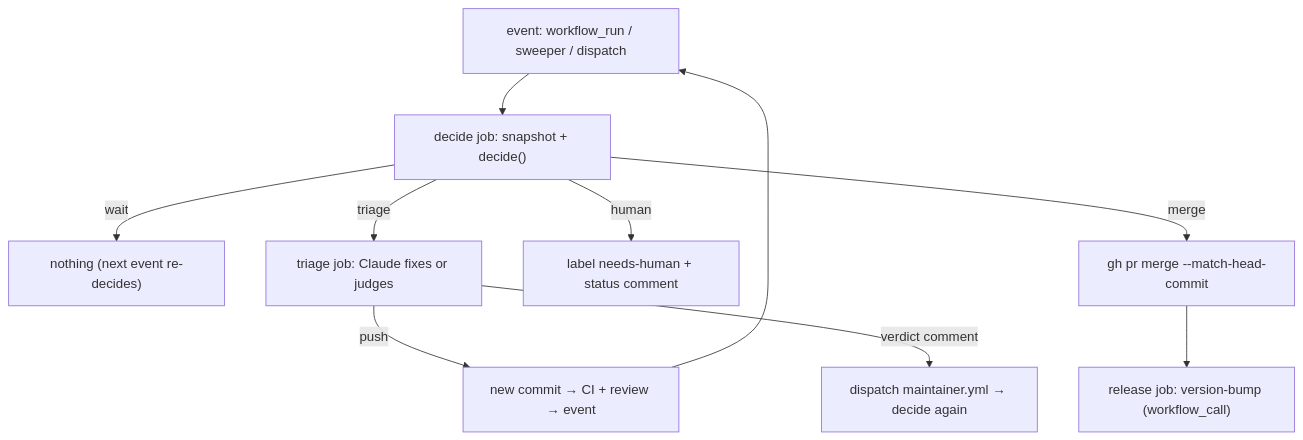
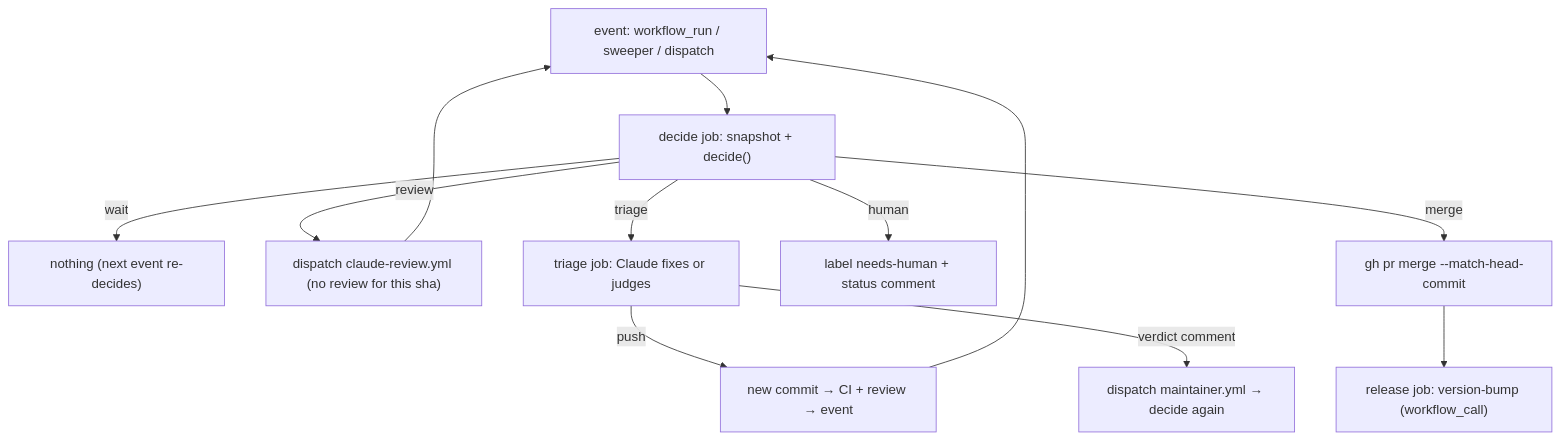
The first of 2 diagrams in docs/specs/20261113-ai-maintainer/design.md (syakoo/syakoo-lab), drawn with Mermaid before and after one commit. The commit also changed other lines of this file, not shown here.

First line of the commit message:
docs(specs): let triage fix any open PR, add review dispatch, security and cost design

````diff
--- a/docs/specs/20261113-ai-maintainer/design.md
+++ b/docs/specs/20261113-ai-maintainer/design.md
@@ -17,12 +17,14 @@
 ```mermaid
 flowchart TD
   E["event: workflow_run / sweeper / dispatch"] --> D["decide job: snapshot + decide()"]
   D -->|wait| W["nothing (next event re-decides)"]
+  D -->|review| RV["dispatch claude-review.yml (no review for this sha)"]
   D -->|triage| T["triage job: Claude fixes or judges"]
   D -->|human| H["label needs-human + status comment"]
   D -->|merge| M["gh pr merge --match-head-commit"]
   M --> R["release job: version-bump (workflow_call)"]
+  RV --> E
   T -->|push| P["new commit → CI + review → event"]
   T -->|verdict comment| E2["dispatch maintainer.yml → decide again"]
   P --> E
 ```
````
